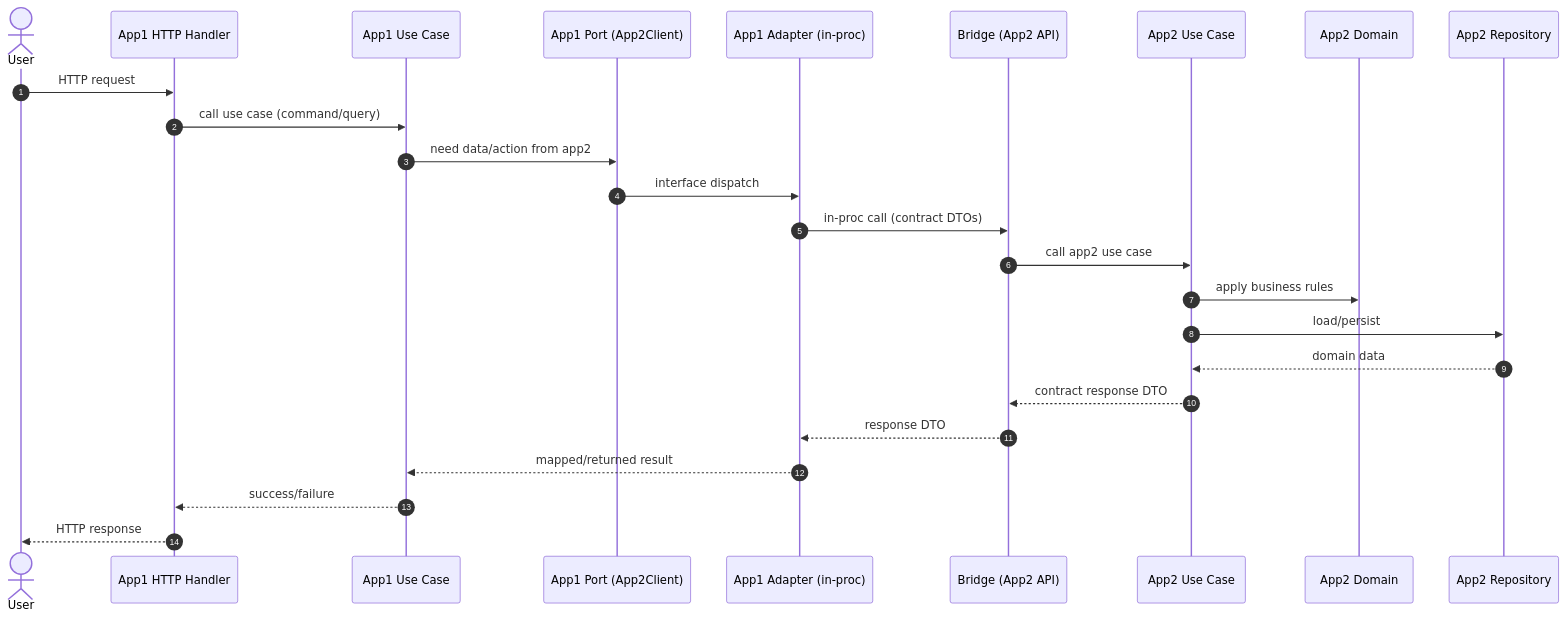
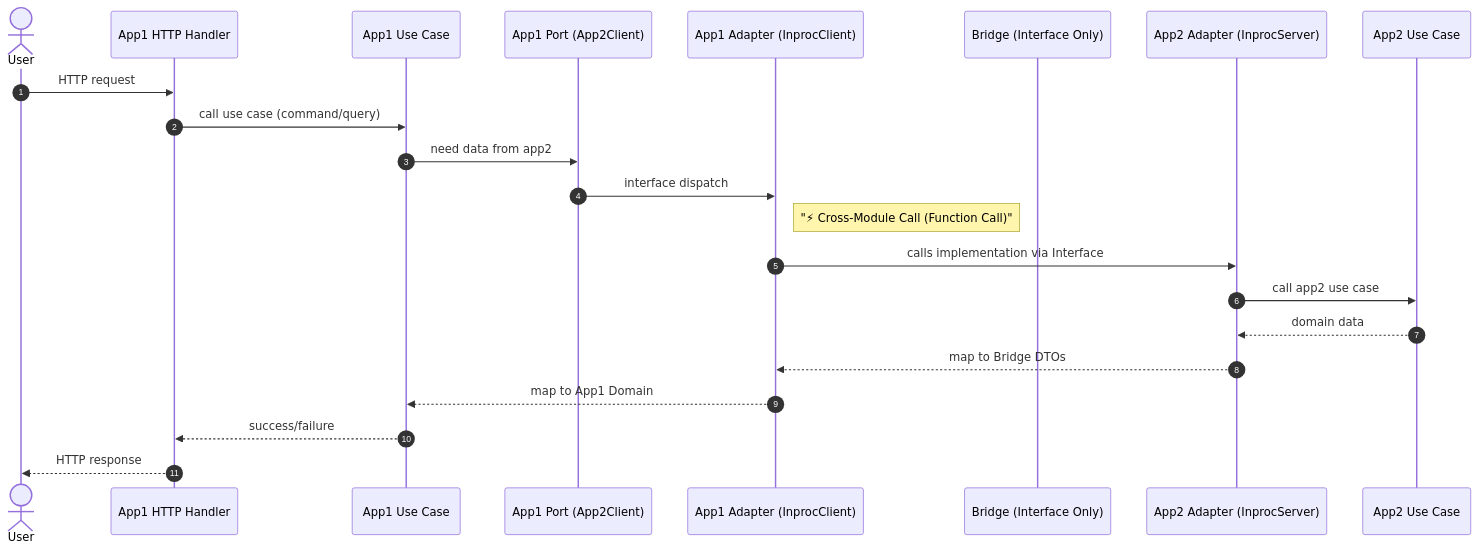
The diagram in hexo/source/_posts/en/innovative-go-modular-monolith-architecture.md (pivaldi/blog.piprime.fr), drawn with Mermaid before and after one commit. The commit also changed other lines of this file and 1 other file, not shown here.

Commit message:
Update innovative-go-modular-monolith-architecture to relfect v2 changes

````diff
--- a/hexo/source/_posts/en/innovative-go-modular-monolith-architecture.md
+++ b/hexo/source/_posts/en/innovative-go-modular-monolith-architecture.md
@@ -56,28 +62,27 @@
 ```mermaid
 sequenceDiagram
-  autonumber
-  actor User
-  participant H1 as App1 HTTP Handler
-  participant U1 as App1 Use Case
-  participant P as App1 Port (App2Client)
-  participant I as App1 Adapter (in-proc)
-  participant B as Bridge (App2 API)
-  participant U2 as App2 Use Case
-  participant D2 as App2 Domain
-  participant R2 as App2 Repository
+    autonumber
+    actor User
+    participant H1 as App1 HTTP Handler
+    participant U1 as App1 Use Case
+    participant P  as App1 Port (App2Client)
+    participant I  as App1 Adapter (InprocClient)
+    participant B  as Bridge (Interface Only)
+    participant S2 as App2 Adapter (InprocServer)
+    participant U2 as App2 Use Case
 
-  User->>H1: HTTP request
-  H1->>U1: call use case (command/query)
-  U1->>P: need data/action from app2
-  P->>I: interface dispatch
-  I->>B: in-proc call (contract DTOs)
-  B->>U2: call app2 use case
-  U2->>D2: apply business rules
-  U2->>R2: load/persist
-  R2-->>U2: domain data
-  U2-->>B: contract response DTO
-  B-->>I: response DTO
-  I-->>U1: mapped/returned result
-  U1-->>H1: success/failure
-  H1-->>User: HTTP response
+    User->>H1: HTTP request
+    H1->>U1: call use case (command/query)
+    U1->>P: need data from app2
+    P->>I: interface dispatch
+
+    note right of I: "⚡ Cross-Module Call (Function Call)"
+
+    I->>S2: calls implementation via Interface
+    S2->>U2: call app2 use case
+    U2-->>S2: domain data
+    S2-->>I: map to Bridge DTOs
+    I-->>U1: map to App1 Domain
+    U1-->>H1: success/failure
+    H1-->>User: HTTP response
 ```
````
